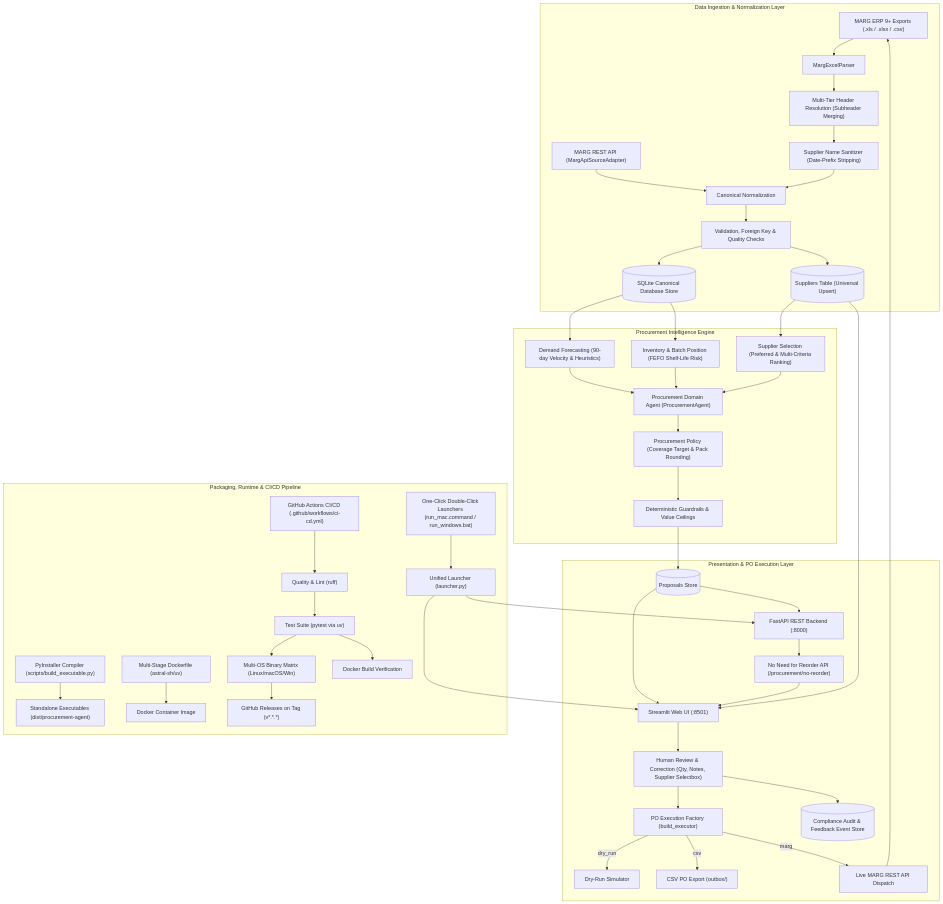
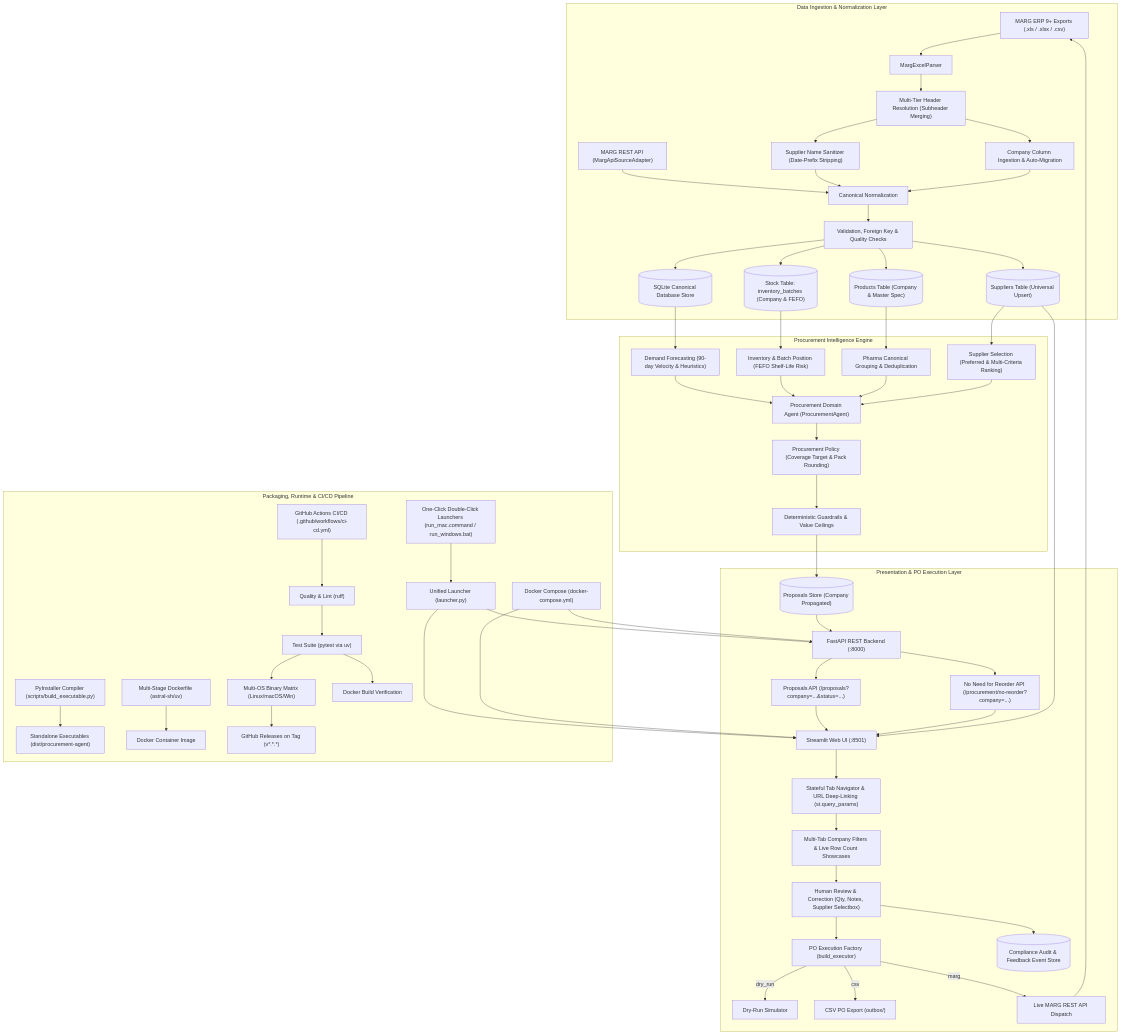
Before and after one commit to debnathch/procurement_agent: the diagram in architecture.mmd, drawn with Mermaid. The commit also changed 3 other files, not shown here.

Commit message:
docs: update LLD, architecture diagram, and README for company filtering and tab persistence

```diff
--- a/architecture.mmd
+++ b/architecture.mmd
@@ -1,51 +1,62 @@
 flowchart TD
   subgraph Data_Layer ["Data Ingestion & Normalization Layer"]
     MARG["MARG ERP 9+ Exports (.xls / .xlsx / .csv)"] --> EXCEL["MargExcelParser"]
     MARG_API["MARG REST API (MargApiSourceAdapter)"] --> NORM["Canonical Normalization"]
     EXCEL --> HDR["Multi-Tier Header Resolution (Subheader Merging)"]
     HDR --> SAN["Supplier Name Sanitizer (Date-Prefix Stripping)"]
+    HDR --> COMP["Company Column Ingestion & Auto-Migration"]
     SAN --> NORM
+    COMP --> NORM
     NORM --> V["Validation, Foreign Key & Quality Checks"]
     V --> DB[("SQLite Canonical Database Store")]
+    V --> STK[("Stock Table: inventory_batches (Company & FEFO)")]
+    V --> PROD[("Products Table (Company & Master Spec)")]
     V --> SUPS[("Suppliers Table (Universal Upsert)")]
   end
 
   subgraph Engine_Layer ["Procurement Intelligence Engine"]
     DB --> DS["Demand Forecasting (90-day Velocity & Heuristics)"]
-    DB --> IV["Inventory & Batch Position (FEFO Shelf-Life Risk)"]
+    STK --> IV["Inventory & Batch Position (FEFO Shelf-Life Risk)"]
+    PROD --> DEDUP["Pharma Canonical Grouping & Deduplication"]
     SUPS --> SS["Supplier Selection (Preferred & Multi-Criteria Ranking)"]
     DS --> AG["Procurement Domain Agent (ProcurementAgent)"]
     IV --> AG
+    DEDUP --> AG
     SS --> AG
     AG --> POL["Procurement Policy (Coverage Target & Pack Rounding)"]
     POL --> G["Deterministic Guardrails & Value Ceilings"]
   end
 
   subgraph Presentation_Execution ["Presentation & PO Execution Layer"]
-    G --> PROPO[("Proposals Store")]
+    G --> PROPO[("Proposals Store (Company Propagated)")]
     PROPO --> FASTAPI["FastAPI REST Backend (:8000)"]
-    FASTAPI --> NOREORDER["No Need for Reorder API (/procurement/no-reorder)"]
-    PROPO --> UI["Streamlit Web UI (:8501)"]
+    FASTAPI --> NOREORDER["No Need for Reorder API (/procurement/no-reorder?company=...)"]
+    FASTAPI --> PROPO_API["Proposals API (/proposals?company=...&status=...)"]
+    PROPO_API --> UI["Streamlit Web UI (:8501)"]
     NOREORDER --> UI
     SUPS --> UI
-    UI --> HUMAN["Human Review & Correction (Qty, Notes, Supplier Selectbox)"]
+    UI --> TABS["Stateful Tab Navigator & URL Deep-Linking (st.query_params)"]
+    TABS --> FILT["Multi-Tab Company Filters & Live Row Count Showcases"]
+    FILT --> HUMAN["Human Review & Correction (Qty, Notes, Supplier Selectbox)"]
     HUMAN --> EXEC["PO Execution Factory (build_executor)"]
     EXEC -->|dry_run| DRY["Dry-Run Simulator"]
     EXEC -->|csv| CSV["CSV PO Export (outbox/)"]
     EXEC -->|marg| MREST["Live MARG REST API Dispatch"]
     MREST --> MARG
     HUMAN --> AUDIT[("Compliance Audit & Feedback Event Store")]
   end
 
   subgraph Packaging_CICD ["Packaging, Runtime & CI/CD Pipeline"]
     LAUNCHER["Unified Launcher (launcher.py)"] --> FASTAPI
     LAUNCHER --> UI
     SCRIPTS["One-Click Double-Click Launchers (run_mac.command / run_windows.bat)"] --> LAUNCHER
+    DCOMP["Docker Compose (docker-compose.yml)"] --> FASTAPI
+    DCOMP --> UI
     PYINST["PyInstaller Compiler (scripts/build_executable.py)"] --> BIN["Standalone Executables (dist/procurement-agent)"]
     DOCKER["Multi-Stage Dockerfile (astral-sh/uv)"] --> CONT["Docker Container Image"]
     GHA["GitHub Actions CI/CD (.github/workflows/ci-cd.yml)"] --> LINT["Quality & Lint (ruff)"]
     LINT --> TEST["Test Suite (pytest via uv)"]
     TEST --> BUILD_MAT["Multi-OS Binary Matrix (Linux/macOS/Win)"]
     TEST --> DOCK_TEST["Docker Build Verification"]
     BUILD_MAT --> REL["GitHub Releases on Tag (v*.*.*)"]
   end
```
